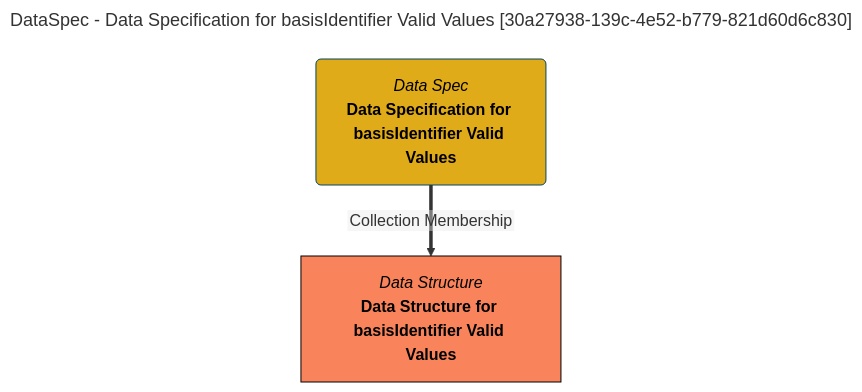
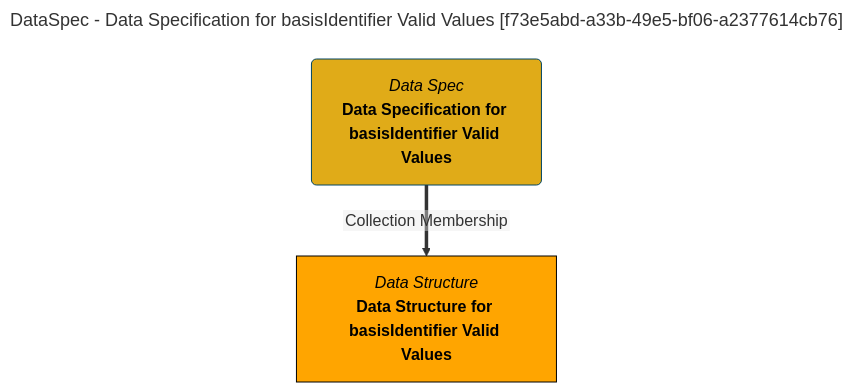
One commit to odpi/egeria-docs changed the diagram in site/snippets/collections/data-specs/data-specification-for-basisidentifier-valid-values-mermaid-graph.md. Above: the diagram before and after it, drawn with Mermaid. The commit also changed 2201 other files, not shown here.

````diff
--- a/site/snippets/collections/data-specs/data-specification-for-basisidentifier-valid-values-mermaid-graph.md
+++ b/site/snippets/collections/data-specs/data-specification-for-basisidentifier-valid-values-mermaid-graph.md
@@ -1,15 +1,15 @@
 ```mermaid
 ---
-title: DataSpec - Data Specification for basisIdentifier Valid Values [30a27938-139c-4e52-b779-821d60d6c830]
+title: DataSpec - Data Specification for basisIdentifier Valid Values [f73e5abd-a33b-49e5-bf06-a2377614cb76]
 ---
 flowchart TD
 %%{init: {"flowchart": {"htmlLabels": false}} }%%
 
 1@{ shape: rounded, label: "*Data Spec*
 **Data Specification for basisIdentifier Valid Values**"}
 2@{ shape: rect, label: "*Data Structure*
 **Data Structure for basisIdentifier Valid Values**"}
 1==>|"Collection Membership"|2
 style 1 color:#000000, fill:#e0ab18, stroke:#004563
-style 2 color:#000000, fill:#f9845b, stroke:#000000
+style 2 color:#000000, fill:#FFA500, stroke:#000000
 ```
````
